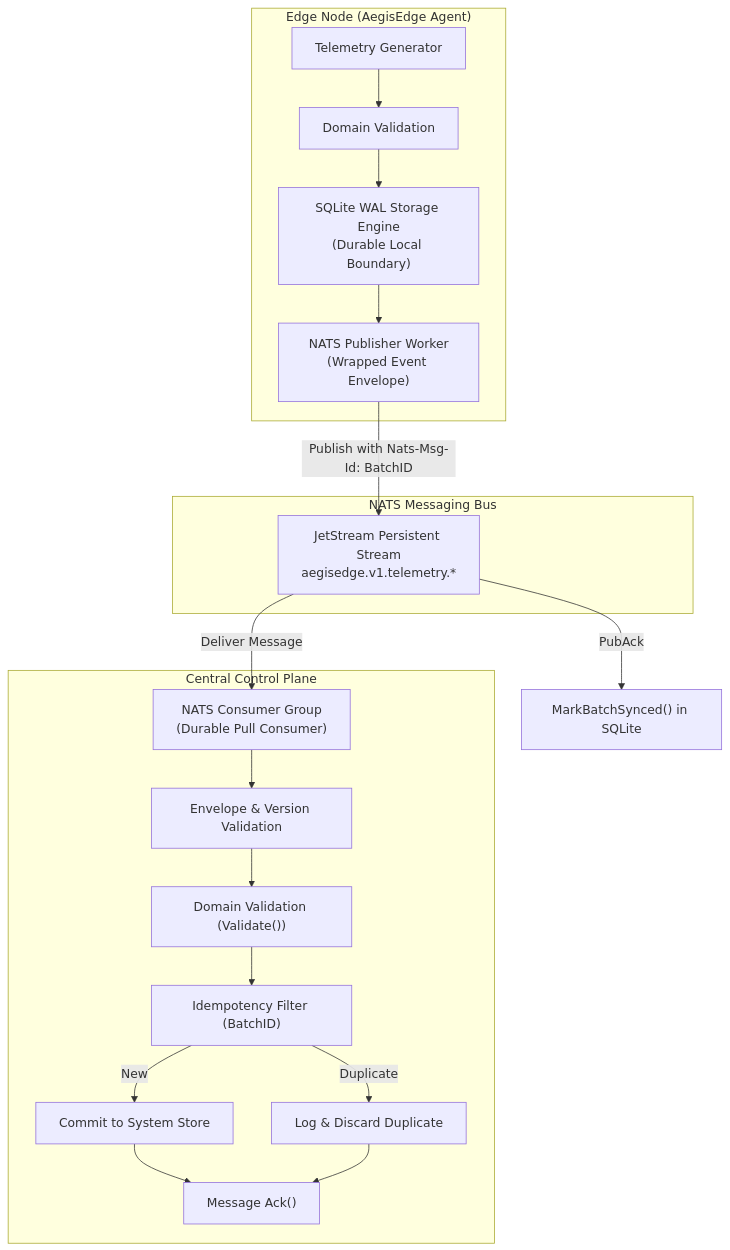
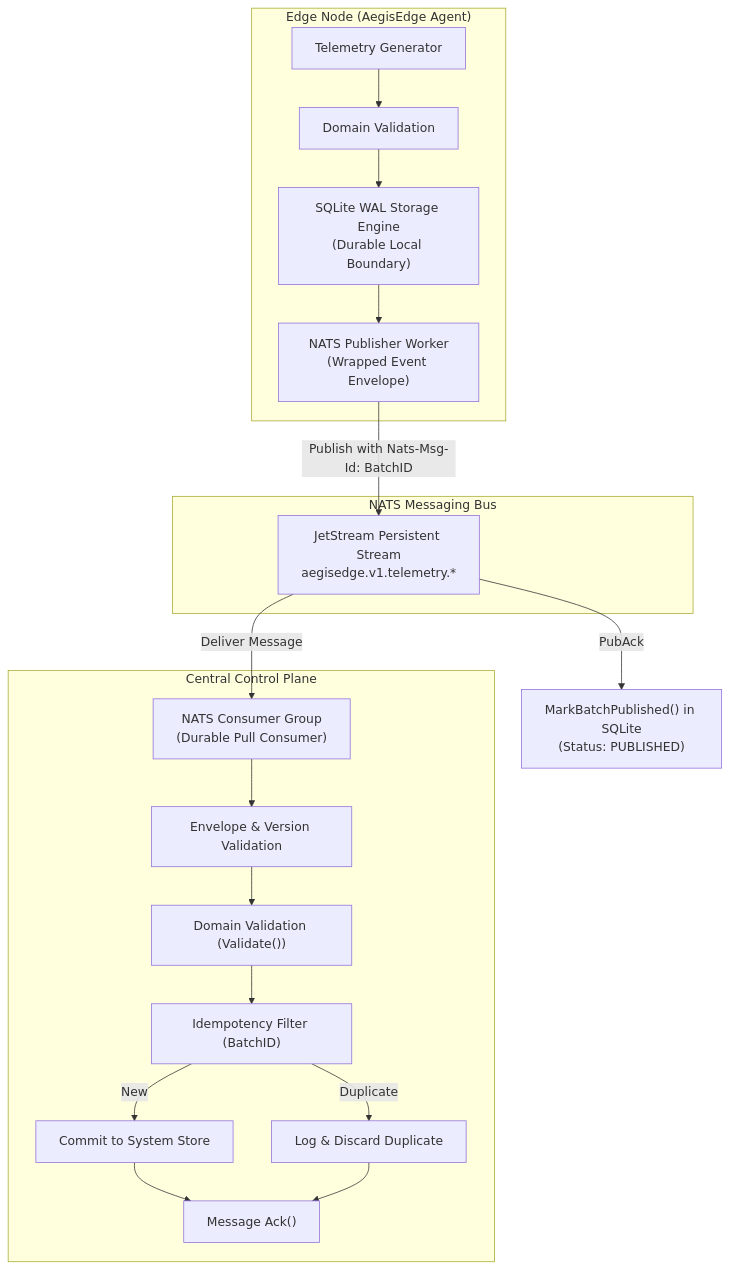
Before and after one commit to Chamalka-heshi/AegisEdge: the fifth of 6 diagrams in docs/architecture/overview.md, drawn with Mermaid. The commit also changed other lines of this file and 2 other files, not shown here.

Commit message:
docs: define NATS resilience and recovery architecture

````diff
--- a/docs/architecture/overview.md
+++ b/docs/architecture/overview.md
@@ -157,26 +157,26 @@
 ```mermaid
 flowchart TD
     subgraph EdgeAgent ["Edge Node (AegisEdge Agent)"]
         TG["Telemetry Generator"] --> VAL["Domain Validation"]
         VAL --> WAL["SQLite WAL Storage Engine\n(Durable Local Boundary)"]
         WAL --> NP["NATS Publisher Worker\n(Wrapped Event Envelope)"]
     end
 
     subgraph Broker ["NATS Messaging Bus"]
         JS["JetStream Persistent Stream\naegisedge.v1.telemetry.*"]
     end
 
     subgraph ControlPlane ["Central Control Plane"]
         NC["NATS Consumer Group\n(Durable Pull Consumer)"] --> ENV["Envelope & Version Validation"]
         ENV --> DOM["Domain Validation (Validate())"]
         DOM --> IDEM["Idempotency Filter (BatchID)"]
         IDEM -- "New" --> COMMIT["Commit to System Store"]
         IDEM -- "Duplicate" --> NOOP["Log & Discard Duplicate"]
         COMMIT --> ACK["Message Ack()"]
         NOOP --> ACK
     end
 
     NP -- "Publish with Nats-Msg-Id: BatchID" --> JS
-    JS -- "PubAck" --> ACKWAL["MarkBatchSynced() in SQLite"]
+    JS -- "PubAck" --> ACKWAL["MarkBatchPublished() in SQLite\n(Status: PUBLISHED)"]
     JS -- "Deliver Message" --> NC
 ```
````
